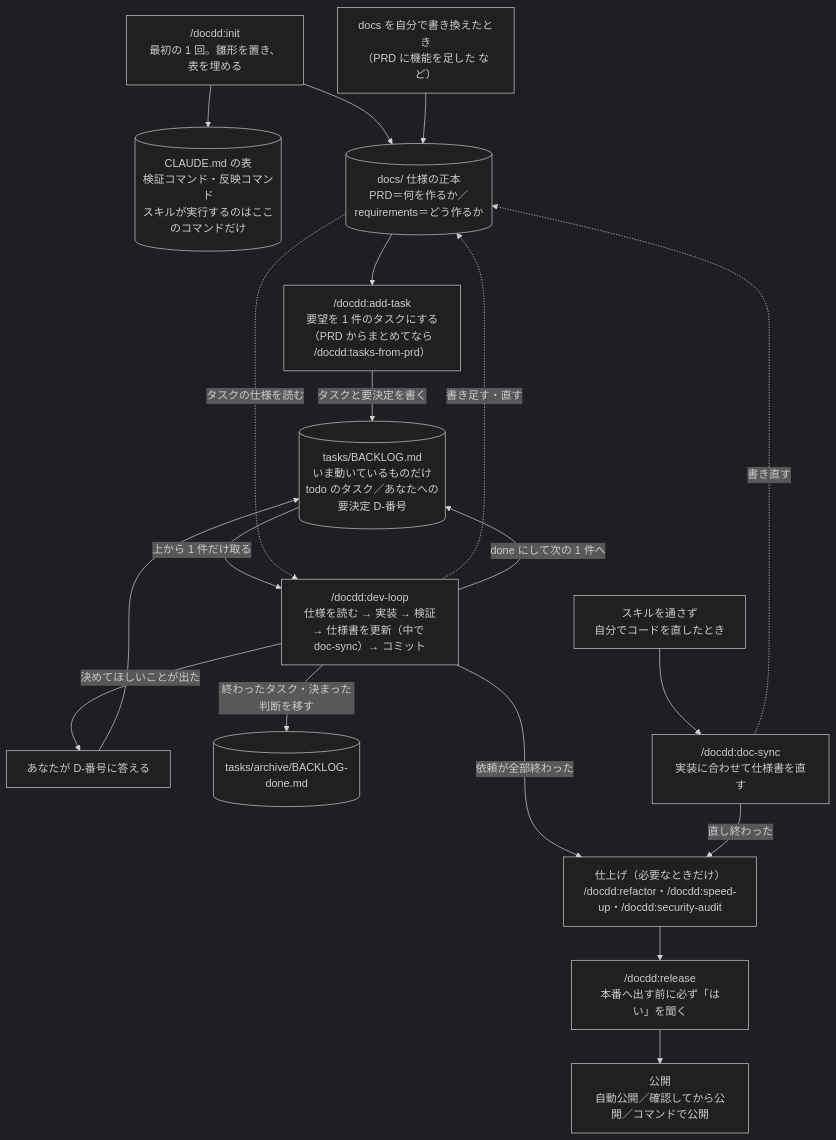
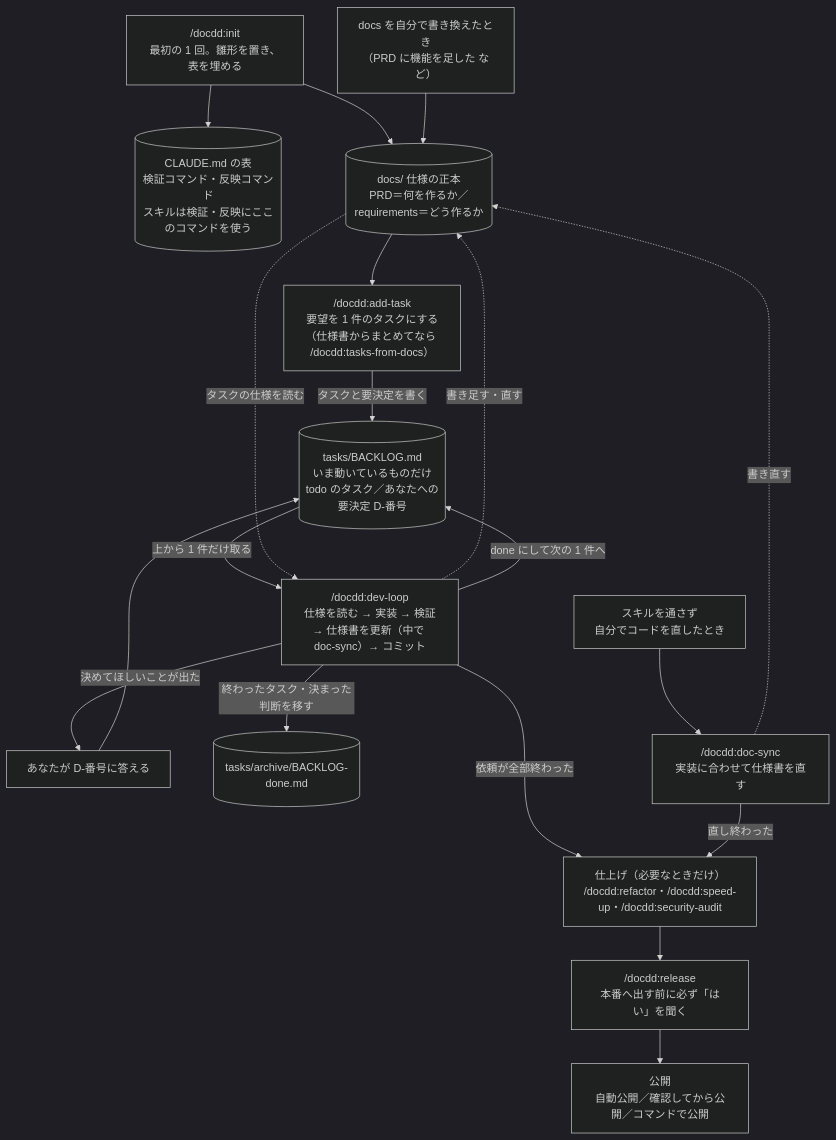
Before and after one commit to no1013kota/claude-docdd-dev-kit: the diagram in README.md, drawn with Mermaid (dark theme). The commit also changed other lines of this file and 41 other files, not shown here.

First line of the commit message:
feat: tasks-from-prd を tasks-from-docs にし、説明書を仕組みと突き合わせる（v0.12.0）

````diff
--- a/README.md
+++ b/README.md
@@ -12,22 +12,22 @@
 ```mermaid
 flowchart TD
-  I["/docdd:init<br/>最初の 1 回。雛形を置き、表を埋める"] --> C[("CLAUDE.md の表<br/>検証コマンド・反映コマンド<br/>スキルが実行するのはここのコマンドだけ")]
+  I["/docdd:init<br/>最初の 1 回。雛形を置き、表を埋める"] --> C[("CLAUDE.md の表<br/>検証コマンド・反映コマンド<br/>スキルは検証・反映にここのコマンドを使う")]
   I --> S
   Y["docs を自分で書き換えたとき<br/>（PRD に機能を足した など）"] --> S
-  S[("docs/ 仕様の正本<br/>PRD＝何を作るか／requirements＝どう作るか")] --> A["/docdd:add-task<br/>要望を 1 件のタスクにする<br/>（PRD からまとめてなら /docdd:tasks-from-prd）"]
+  S[("docs/ 仕様の正本<br/>PRD＝何を作るか／requirements＝どう作るか")] --> A["/docdd:add-task<br/>要望を 1 件のタスクにする<br/>（仕様書からまとめてなら /docdd:tasks-from-docs）"]
   A -->|タスクと要決定を書く| B[("tasks/BACKLOG.md<br/>いま動いているものだけ<br/>todo のタスク／あなたへの要決定 D-番号")]
   B -->|上から 1 件だけ取る| D["/docdd:dev-loop<br/>仕様を読む → 実装 → 検証<br/>→ 仕様書を更新（中で doc-sync）→ コミット"]
   S -.->|タスクの仕様を読む| D
   D -.->|書き足す・直す| S
   D -->|決めてほしいことが出た| Q["あなたが D-番号に答える"]
   Q --> B
   D -->|done にして次の 1 件へ| B
   D -->|終わったタスク・決まった判断を移す| AR[("tasks/archive/BACKLOG-done.md")]
   B ~~~ X
   X["スキルを通さず<br/>自分でコードを直したとき"] --> DS["/docdd:doc-sync<br/>実装に合わせて仕様書を直す"]
   DS -.->|書き直す| S
   D -->|依頼が全部終わった| F["仕上げ（必要なときだけ）<br/>/docdd:refactor・/docdd:speed-up・/docdd:security-audit"]
   DS -->|直し終わった| F
   F --> R["/docdd:release<br/>本番へ出す前に必ず「はい」を聞く"]
   R --> L["公開<br/>自動公開／確認してから公開／コマンドで公開"]
 ```
````
